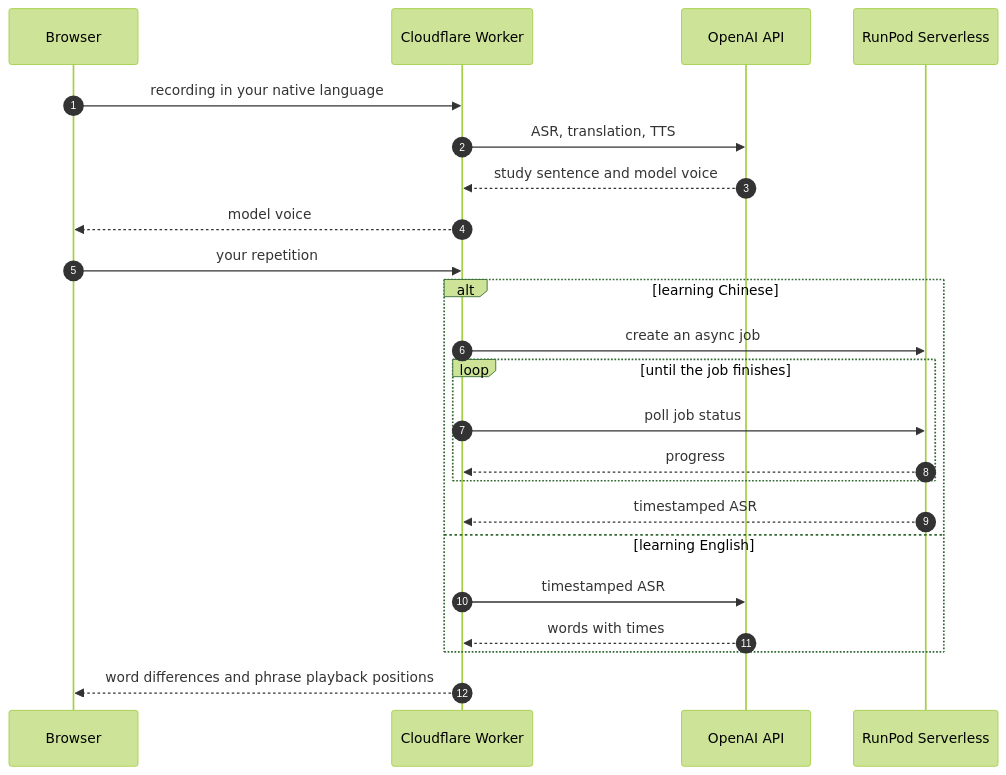
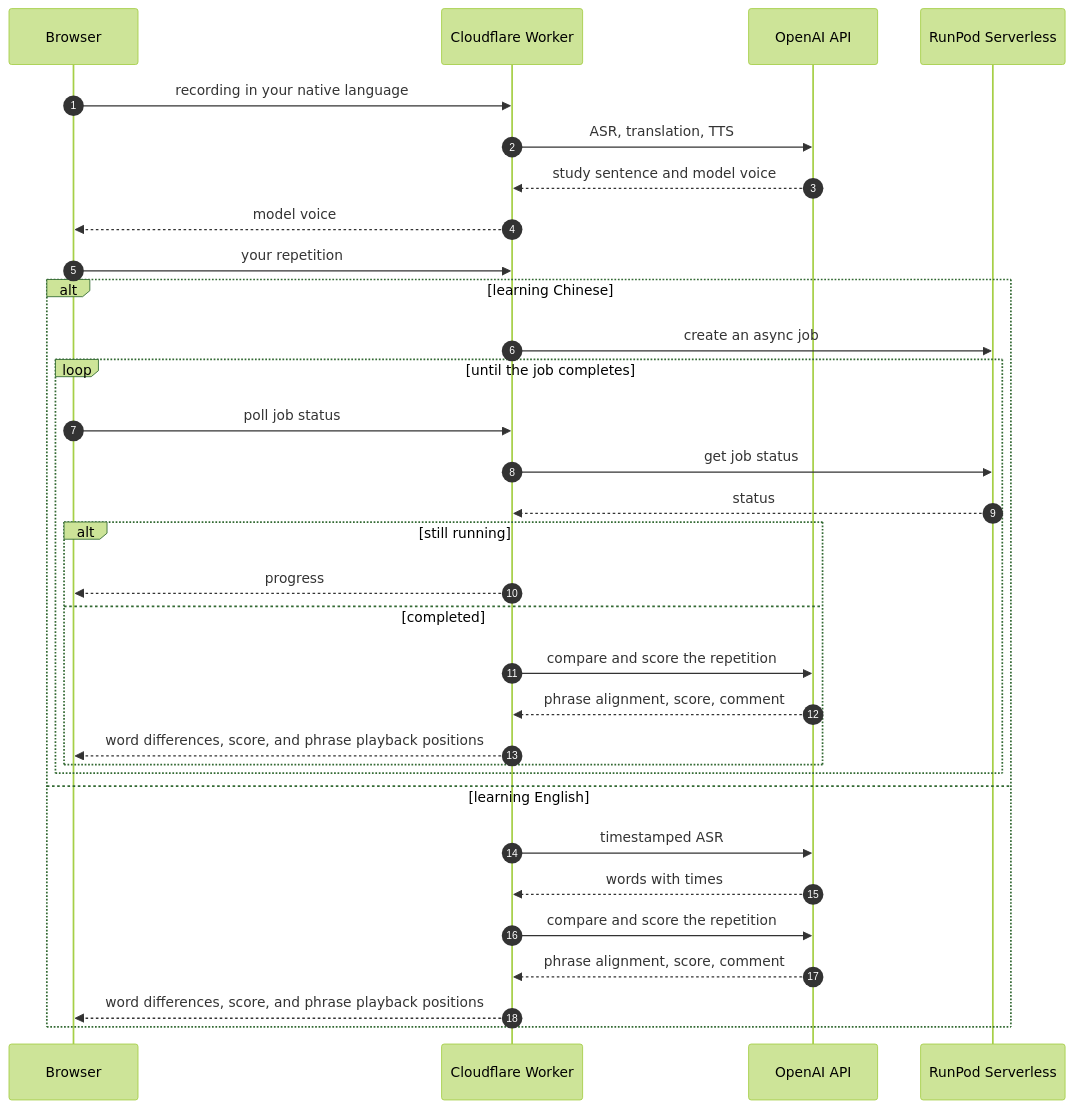
One commit to inakaegg/voice-lab changed the first of 2 diagrams in README.md. Above: the diagram before and after it, drawn with Mermaid (forest theme). The commit also changed other lines of this file and 4 other files, not shown here.

Commit message:
docs: レビュー指摘に合わせて構成図を修正 / Correct architecture diagrams after review

````diff
--- a/README.md
+++ b/README.md
@@ -77,25 +77,34 @@
 ```mermaid
 sequenceDiagram
     autonumber
     participant B as Browser
     participant W as Cloudflare Worker
     participant O as OpenAI API
     participant R as RunPod Serverless
     B->>W: recording in your native language
     W->>O: ASR, translation, TTS
     O-->>W: study sentence and model voice
     W-->>B: model voice
     B->>W: your repetition
     alt learning Chinese
         W->>R: create an async job
-        loop until the job finishes
-            W->>R: poll job status
-            R-->>W: progress
+        loop until the job completes
+            B->>W: poll job status
+            W->>R: get job status
+            R-->>W: status
+            alt still running
+                W-->>B: progress
+            else completed
+                W->>O: compare and score the repetition
+                O-->>W: phrase alignment, score, comment
+                W-->>B: word differences, score, and phrase playback positions
+            end
         end
-        R-->>W: timestamped ASR
     else learning English
         W->>O: timestamped ASR
         O-->>W: words with times
+        W->>O: compare and score the repetition
+        O-->>W: phrase alignment, score, comment
+        W-->>B: word differences, score, and phrase playback positions
     end
-    W-->>B: word differences and phrase playback positions
 ```
````
